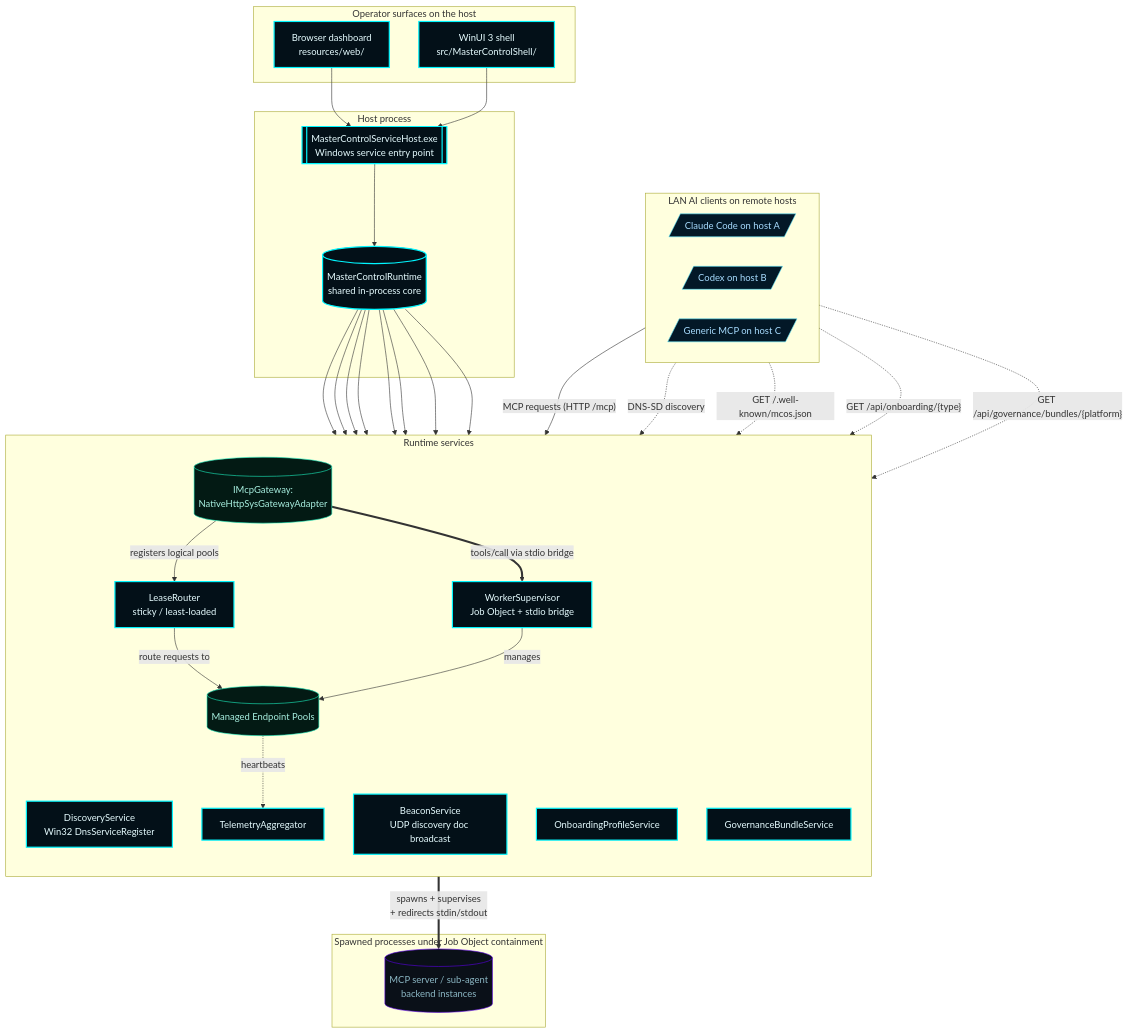
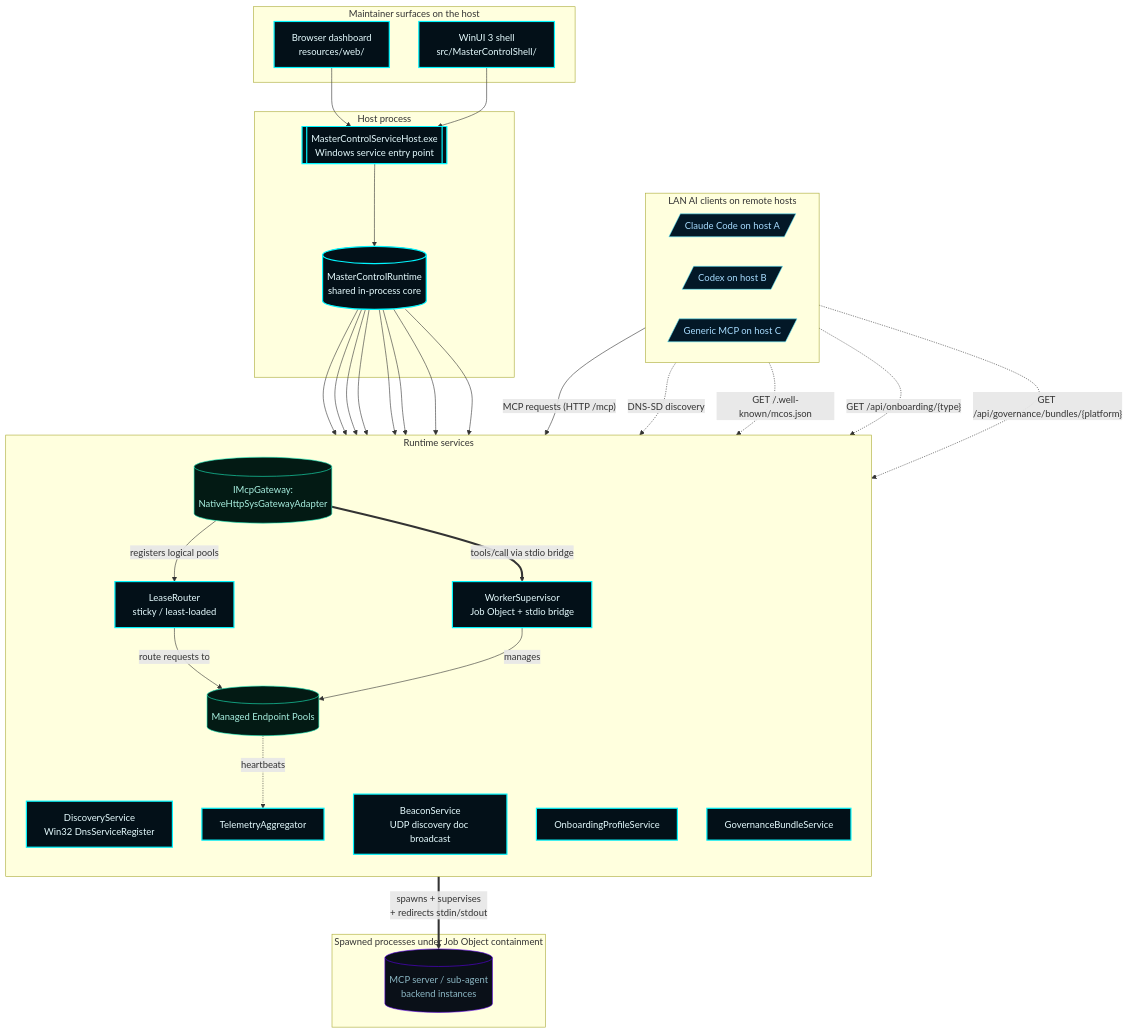
Before and after one commit to flynn33/Master-Control-Orchestration-Server: the second of 8 diagrams in docs/wiki/Architecture.md, drawn with Mermaid. The commit also changed other lines of this file and 20 other files, not shown here.

````diff
--- a/docs/wiki/Architecture.md
+++ b/docs/wiki/Architecture.md
@@ -54,64 +54,64 @@
 ```mermaid
 flowchart TB
     classDef accent fill:#031018,stroke:#00F6FF,color:#E6FCFF,stroke-width:2px;
     classDef sub fill:#0a1018,stroke:#5A00E8,color:#8CB7C4;
     classDef client fill:#031827,stroke:#5AE8FF,color:#A8DCFF;
     classDef good fill:#031a14,stroke:#1cf2c1,color:#a8efe0;
 
     subgraph LANClients[LAN AI clients on remote hosts]
         ClaudeCode[/Claude Code on host A/]:::client
         Codex[/Codex on host B/]:::client
         Other[/Generic MCP on host C/]:::client
     end
 
-    subgraph Surfaces[Operator surfaces on the host]
+    subgraph Surfaces[Maintainer surfaces on the host]
         Browser[Browser dashboard<br/>resources/web/]:::accent
         Shell[WinUI 3 shell<br/>src/MasterControlShell/]:::accent
     end
 
     subgraph Host[Host process]
         Service[[MasterControlServiceHost.exe<br/>Windows service entry point]]:::accent
         Runtime[(MasterControlRuntime<br/>shared in-process core)]:::accent
     end
 
     subgraph Services[Runtime services]
         direction TB
         Disc[DiscoveryService<br/>Win32 DnsServiceRegister]:::accent
         Beacon[BeaconService<br/>UDP discovery doc broadcast]:::accent
         Onboard[OnboardingProfileService]:::accent
         Gov[GovernanceBundleService]:::accent
         Sup[WorkerSupervisor<br/>Job Object + stdio bridge]:::accent
         Lease[LeaseRouter<br/>sticky / least-loaded]:::accent
         Tel[TelemetryAggregator]:::accent
         Adapter[(IMcpGateway:<br/>NativeHttpSysGatewayAdapter)]:::good
         Pools[(Managed Endpoint Pools)]:::good
     end
 
     subgraph External[Spawned processes under Job Object containment]
         Workers[(MCP server / sub-agent<br/>backend instances)]:::sub
     end
 
     LANClients -->|"MCP requests (HTTP /mcp)"| Adapter
     LANClients -.->|"DNS-SD discovery"| Disc
     LANClients -.->|"GET /.well-known/mcos.json"| Disc
     LANClients -.->|"GET /api/onboarding/{type}"| Onboard
     LANClients -.->|"GET /api/governance/bundles/{platform}"| Gov
 
     Browser --> Service
     Shell --> Service
     Service --> Runtime
     Runtime --> Disc
     Runtime --> Beacon
     Runtime --> Onboard
     Runtime --> Gov
     Runtime --> Sup
     Runtime --> Lease
     Runtime --> Tel
     Runtime --> Adapter
     Adapter ==>|"tools/call via stdio bridge"| Sup
     Sup ==>|"spawns + supervises<br/>+ redirects stdin/stdout"| Workers
     Adapter -->|"registers logical pools"| Lease
     Lease -->|"route requests to"| Pools
     Sup -->|"manages"| Pools
     Pools -.->|"heartbeats"| Tel
 ```
````
